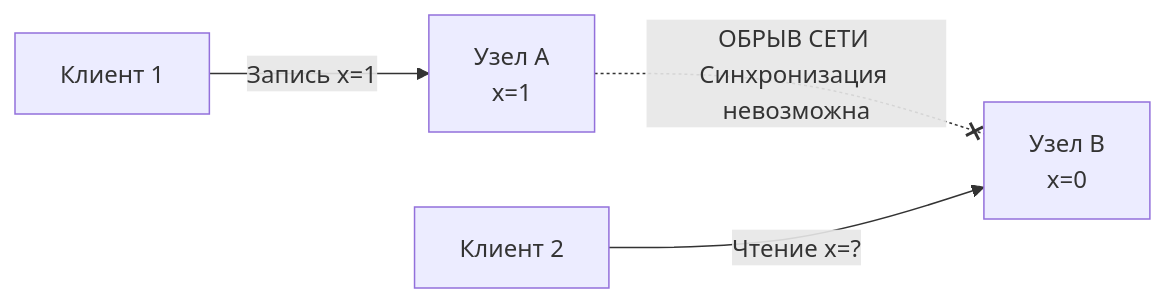
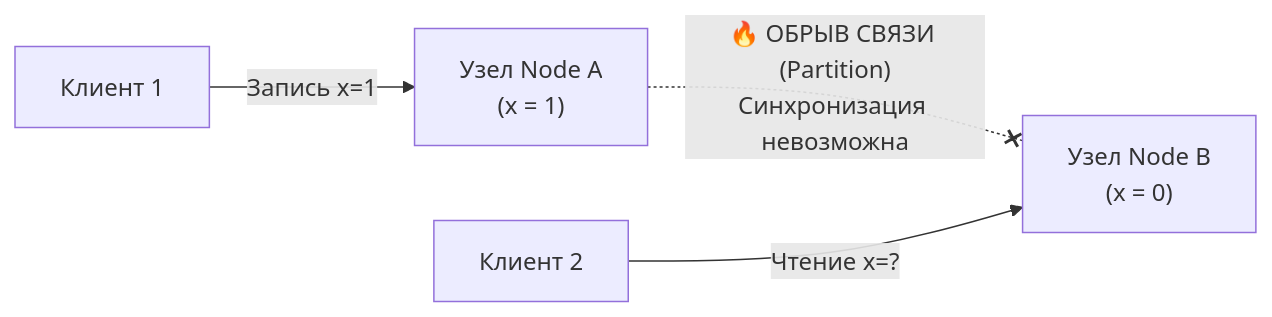
Before and after one commit to UnrealTemplier/go-textbook: the second of 3 diagrams in sources/14. Распределенные системы на Go/01. Основы/6. Consistency vs availability.md, drawn with Mermaid. The commit also changed other lines of this file, not shown here.

````diff
--- a/sources/14. Распределенные системы на Go/01. Основы/6. Consistency vs availability.md
+++ b/sources/14. Распределенные системы на Go/01. Основы/6. Consistency vs availability.md
@@ -21,8 +46,8 @@
 ```mermaid
 flowchart LR
-    Client1["Клиент 1"] -->|"Запись x=1"| NodeA["Узел A <br>x=1"]
+    Client1["Клиент 1"] -->|"Запись x=1"| NodeA["Узел Node A<br>(x = 1)"]
     
-    NodeA -.-x|"ОБРЫВ СЕТИ <br>Синхронизация невозможна"| NodeB["Узел B <br>x=0"]
+    NodeA -.-x|"🔥 ОБРЫВ СВЯЗИ (Partition)<br>Синхронизация невозможна"| NodeB["Узел Node B<br>(x = 0)"]
     
     Client2["Клиент 2"] -->|"Чтение x=?"| NodeB
 ```
````
